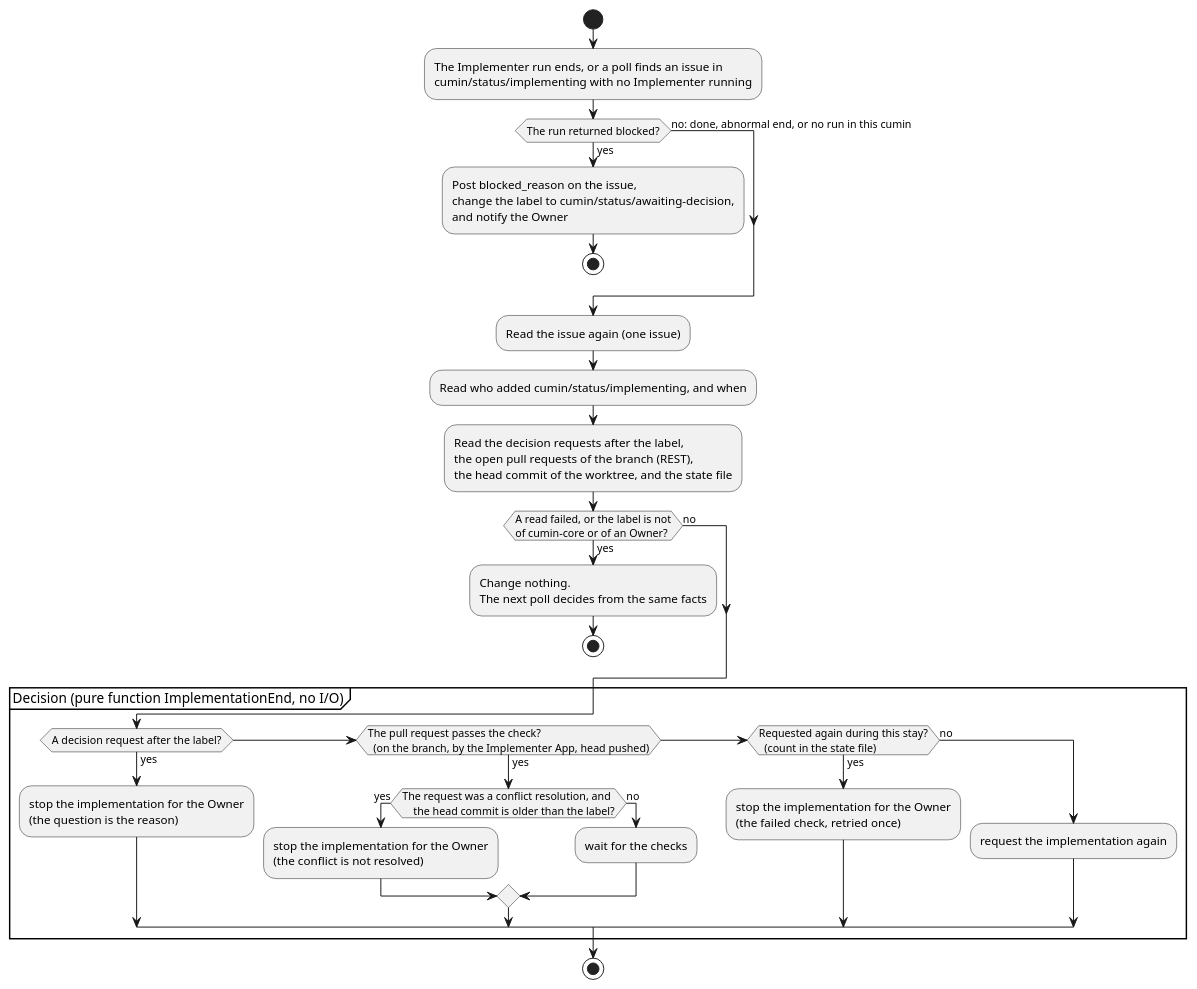
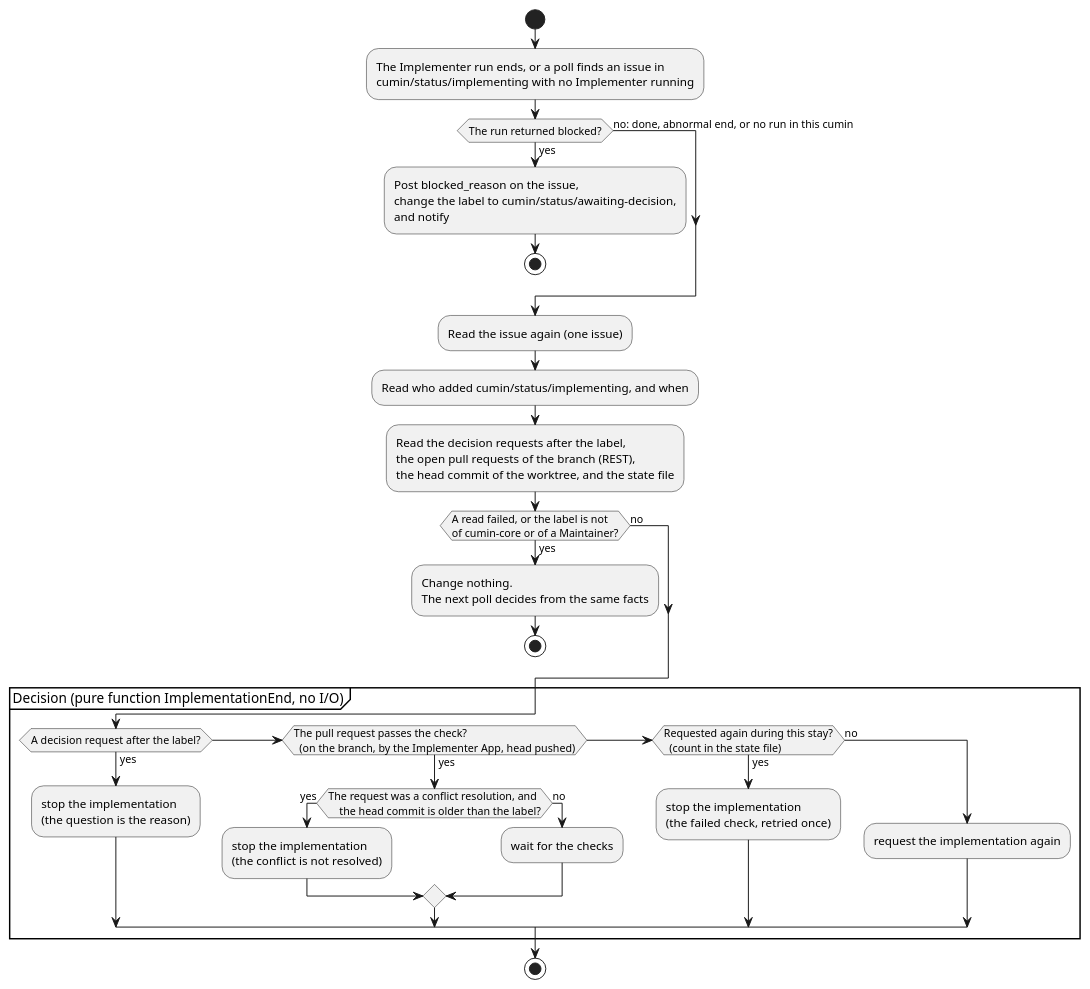
One commit to cloveclovedev/cumin-works changed the diagram in docs/ja/designs/poll-verify.puml. Above: the diagram before and after it, drawn with PlantUML. The commit also changed 19 other files, not shown here.

```diff
--- a/docs/ja/designs/poll-verify.puml
+++ b/docs/ja/designs/poll-verify.puml
@@ -1,62 +1,62 @@
 @startuml poll-verify
 ' cumin works - the way out of cumin/status/implementing: the decision at the end of an Implementer run and at every poll.
-' Document: poll.md, sections on the end of a run and the way back to the Owner.
+' Document: poll.md, sections on the end of a run and the way back to a Maintainer.
 ' Render: run scripts/render-diagrams.sh at the root of the repository.
 skinparam shadowing false
 skinparam defaultFontName sans-serif
 
 start
 :The Implementer run ends, or a poll finds an issue in
 cumin/status/implementing with no Implementer running;
 if (The run returned blocked?) then (yes)
   :Post blocked_reason on the issue,
   change the label to cumin/status/awaiting-decision,
-  and notify the Owner;
+  and notify;
   stop
 else (no: done, abnormal end, or no run in this cumin)
 endif
 :Read the issue again (one issue);
 :Read who added cumin/status/implementing, and when;
 :Read the decision requests after the label,
 the open pull requests of the branch (REST),
 the head commit of the worktree, and the state file;
 if (A read failed, or the label is not
-of cumin-core or of an Owner?) then (yes)
+of cumin-core or of a Maintainer?) then (yes)
   :Change nothing.
   The next poll decides from the same facts;
   stop
 else (no)
 endif
 partition "Decision (pure function ImplementationEnd, no I/O)" {
   if (A decision request after the label?) then (yes)
-    :stop the implementation for the Owner
+    :stop the implementation
     (the question is the reason);
   elseif (The pull request passes the check?
   (on the branch, by the Implementer App, head pushed)) then (yes)
     if (The request was a conflict resolution, and
     the head commit is older than the label?) then (yes)
-      :stop the implementation for the Owner
+      :stop the implementation
       (the conflict is not resolved);
     else (no)
       :wait for the checks;
     endif
   elseif (Requested again during this stay?
   (count in the state file)) then (yes)
-    :stop the implementation for the Owner
+    :stop the implementation
     (the failed check, retried once);
   else (no)
     :request the implementation again;
   endif
 }
 note right
   wait for the checks: cumin-core adds the closing link
   when it is missing, then cumin/status/checking.
   stop: the label changes to cumin/status/awaiting-decision
   first, then the comment (not for a question), then the
   notification.
   request again: the quota decides, the count rises, and the
   Implementer runs in the kept session. Its end comes back
   to the top of this diagram.
 end note
 stop
 @enduml
```
